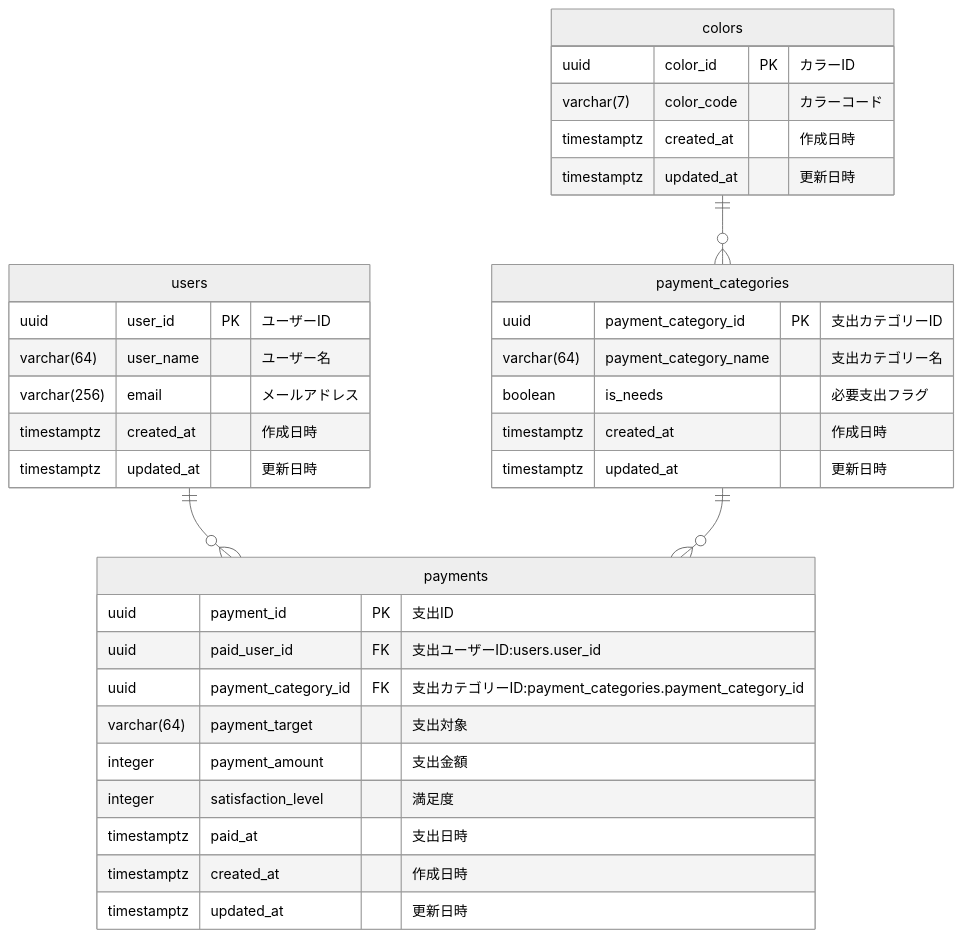
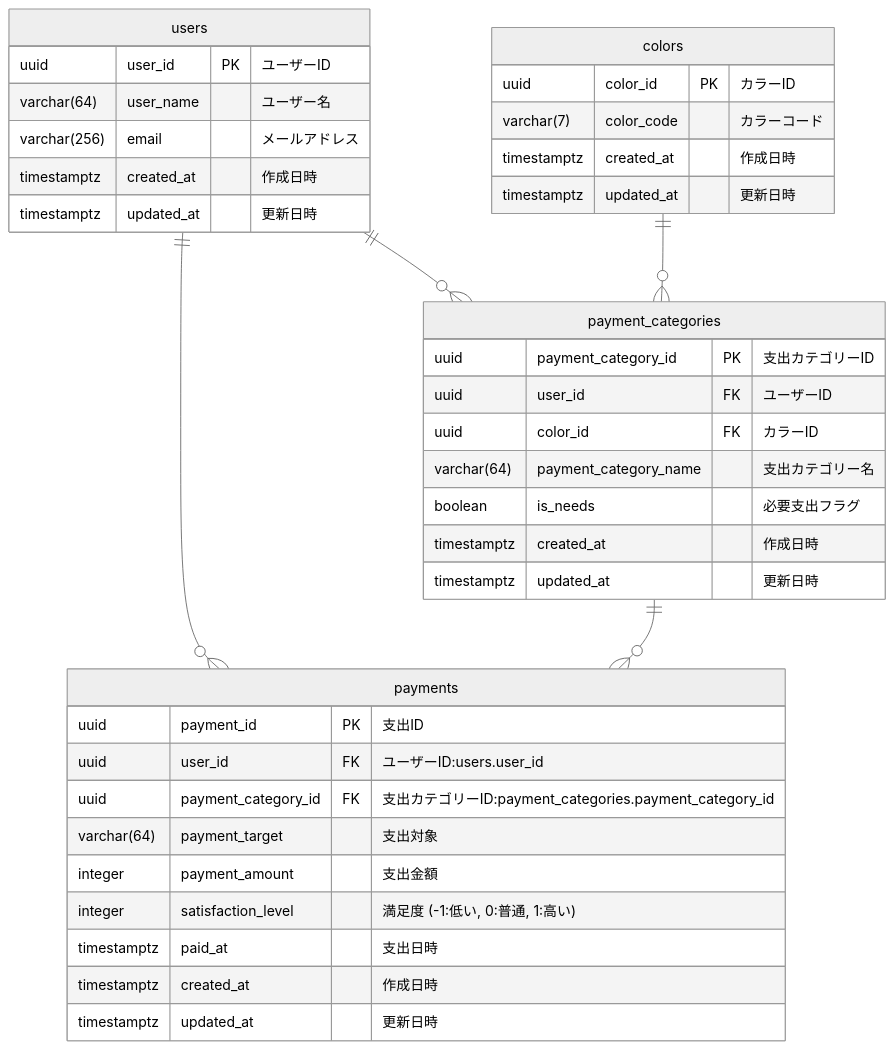
One commit to kanaru-ssk/payment-manager changed the diagram in docs/entity_relationship.md. Above: the diagram before and after it, drawn with Mermaid (neutral theme). The commit also changed 1 other file, not shown here.

Commit message:
設計書更新

````diff
--- a/docs/entity_relationship.md
+++ b/docs/entity_relationship.md
@@ -3,41 +3,44 @@
 ```mermaid
 erDiagram
+    users ||--o{ payments : ""
+    users ||--o{ payment_categories : ""
     colors ||--o{ payment_categories : ""
-    users ||--o{ payments : ""
     payment_categories ||--o{ payments : ""
 
     users {
         uuid user_id PK "ユーザーID"
         varchar(64) user_name "ユーザー名"
         varchar(256) email "メールアドレス"
         timestamptz created_at "作成日時"
         timestamptz updated_at "更新日時"
     }
 
     colors {
         uuid color_id PK "カラーID"
         varchar(7) color_code "カラーコード"
         timestamptz created_at "作成日時"
         timestamptz updated_at "更新日時"
     }
 
     payment_categories {
         uuid payment_category_id PK "支出カテゴリーID"
+        uuid user_id FK "ユーザーID"
+        uuid color_id FK "カラーID"
         varchar(64)  payment_category_name "支出カテゴリー名"
         boolean is_needs "必要支出フラグ"
         timestamptz created_at "作成日時"
         timestamptz updated_at "更新日時"
     }
 
     payments {
         uuid payment_id PK "支出ID"
-        uuid paid_user_id FK "支出ユーザーID:users.user_id"
+        uuid user_id FK "ユーザーID:users.user_id"
         uuid payment_category_id FK "支出カテゴリーID:payment_categories.payment_category_id"
         varchar(64) payment_target "支出対象"
         integer payment_amount "支出金額"
-        integer satisfaction_level "満足度"
+        integer satisfaction_level "満足度 (-1:低い, 0:普通, 1:高い)"
         timestamptz paid_at "支出日時"
         timestamptz created_at "作成日時"
         timestamptz updated_at "更新日時"
     }
 ```
````
